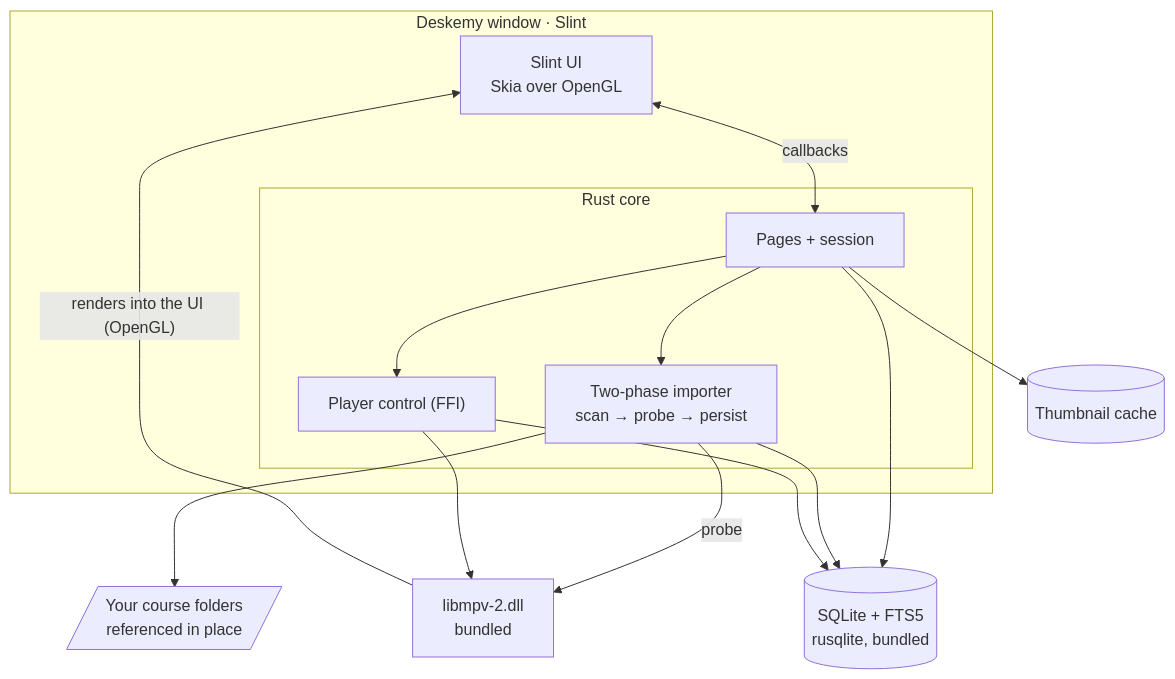
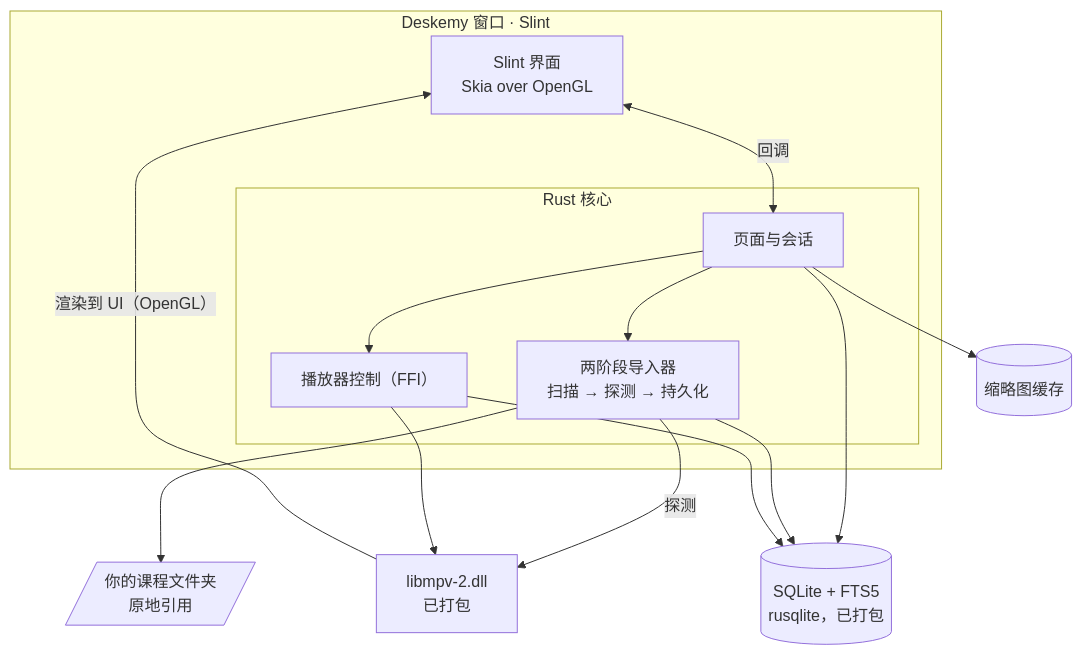
Before and after one commit to yanyusln/Deskemy: the diagram in README.md, drawn with Mermaid. The commit also changed other lines of this file, not shown here.

````diff
--- a/README.md
+++ b/README.md
@@ -225,28 +174,28 @@
 ```mermaid
 flowchart TB
-    subgraph win["Deskemy window · Slint"]
-        ui["Slint UI<br/>Skia over OpenGL"]
-        subgraph core["Rust core"]
-            cmd["Pages + session"]
-            imp["Two-phase importer<br/>scan → probe → persist"]
-            ply["Player control (FFI)"]
+    subgraph win["Deskemy 窗口 · Slint"]
+        ui["Slint 界面<br/>Skia over OpenGL"]
+        subgraph core["Rust 核心"]
+            cmd["页面与会话"]
+            imp["两阶段导入器<br/>扫描 → 探测 → 持久化"]
+            ply["播放器控制（FFI）"]
         end
     end
 
-    mpv["libmpv-2.dll<br/>bundled"]
-    db[("SQLite + FTS5<br/>rusqlite, bundled")]
-    thumb[("Thumbnail cache")]
-    files[/"Your course folders<br/>referenced in place"/]
+    mpv["libmpv-2.dll<br/>已打包"]
+    db[("SQLite + FTS5<br/>rusqlite，已打包")]
+    thumb[("缩略图缓存")]
+    files[/"你的课程文件夹<br/>原地引用"/]
 
-    ui <-->|callbacks| cmd
+    ui <-->|回调| cmd
     cmd --> imp
     cmd --> ply
     cmd --> db
     cmd --> thumb
-    imp -->|probe| mpv
+    imp -->|探测| mpv
     imp --> files
     imp --> db
     ply --> mpv
     ply --> db
-    mpv -->|"renders into the UI (OpenGL)"| ui
+    mpv -->|"渲染到 UI（OpenGL）"| ui
 ```
````
